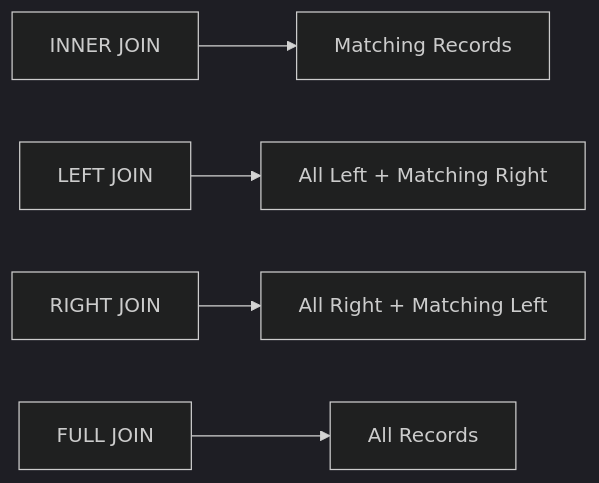
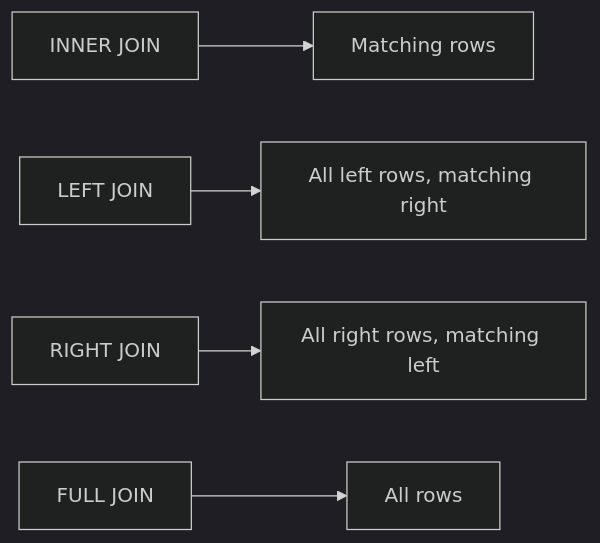
Before and after one commit to codebyshennan/dsai: the second of 2 diagrams in docs/2-data-wrangling/2.1-sql/README.md, drawn with Mermaid (dark theme). The commit also changed other lines of this file and 223 other files, not shown here.

````diff
--- a/docs/2-data-wrangling/2.1-sql/README.md
+++ b/docs/2-data-wrangling/2.1-sql/README.md
@@ -344,7 +344,7 @@
 ```mermaid
-graph LR
-    A[INNER JOIN] --> B[Matching Records]
-    C[LEFT JOIN] --> D[All Left + Matching Right]
-    E[RIGHT JOIN] --> F[All Right + Matching Left]
-    G[FULL JOIN] --> H[All Records]
+flowchart LR
+    A["INNER JOIN"] --> B["Matching rows"]
+    C["LEFT JOIN"] --> D["All left rows, matching right"]
+    E["RIGHT JOIN"] --> F["All right rows, matching left"]
+    G["FULL JOIN"] --> H["All rows"]
 ```
````
